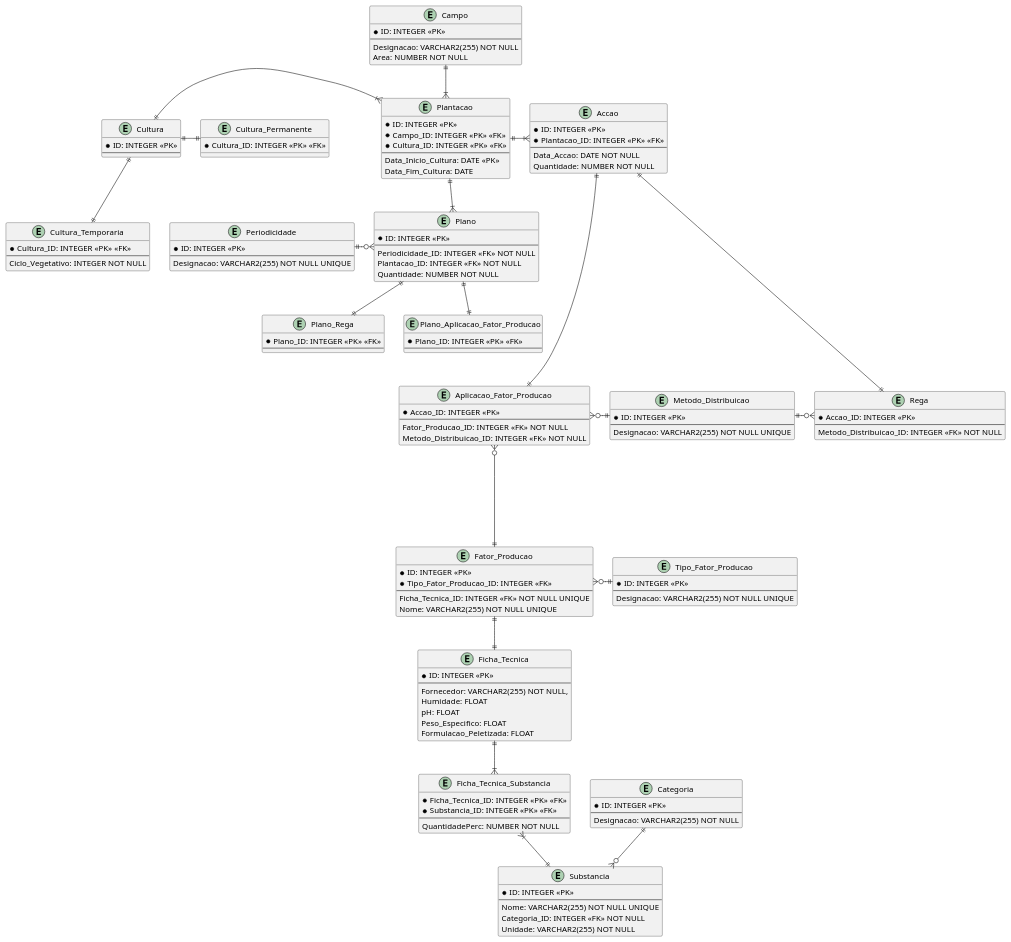
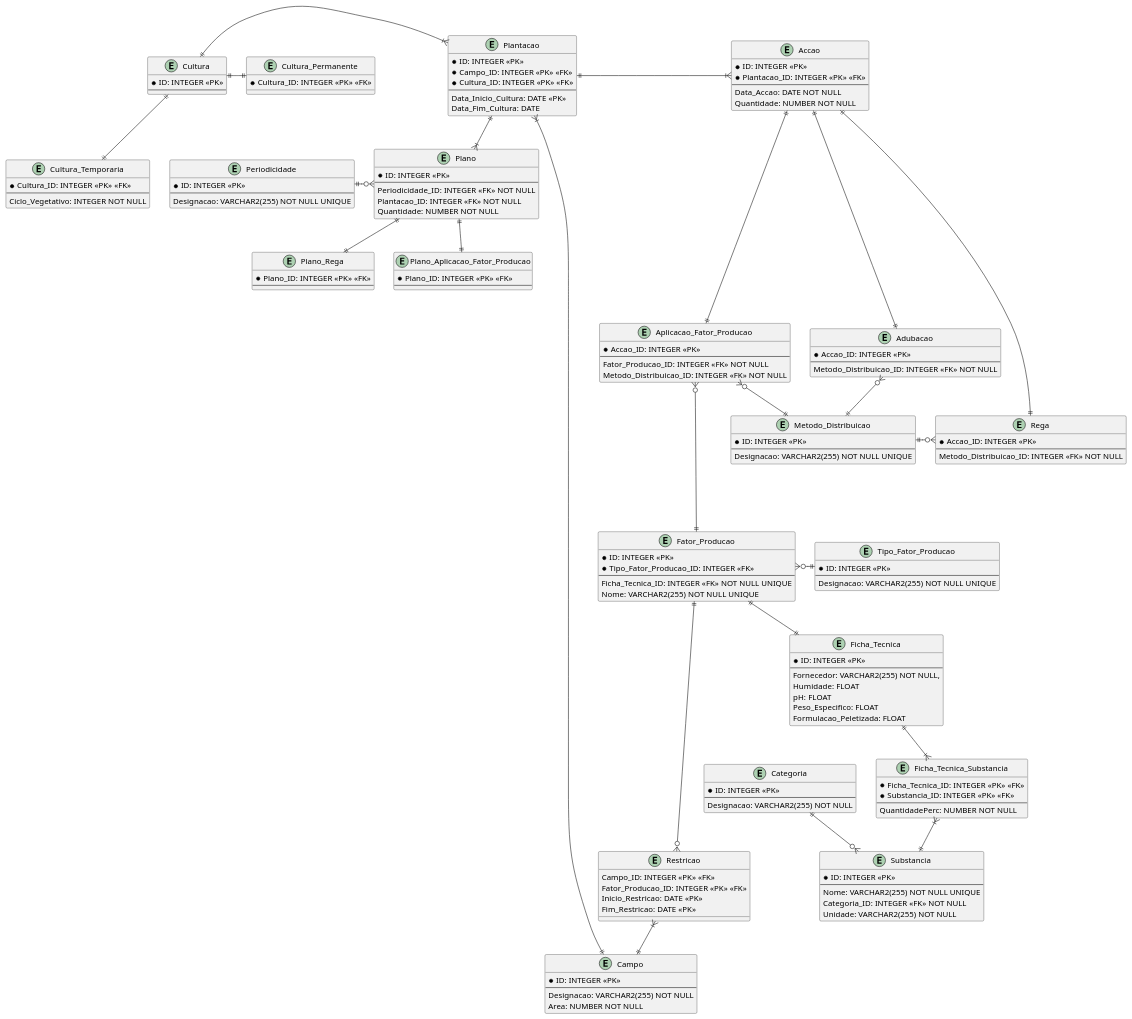
Before and after one commit to Mendoncaa/LAPR3: the diagram in BDDAD/Quinta-Manutenção.puml, drawn with PlantUML.

Commit message:
[US210] Correções e inserção de novas tabelas no Modelo Lógico;

```diff
--- a/BDDAD/Quinta-Manutenção.puml
+++ b/BDDAD/Quinta-Manutenção.puml
@@ -1,175 +1,192 @@
 @startuml Quinta-Manutenção
 
 /'TODO #1:- Verificar se a Designação de um Campo é única e se estas 
 devem seguir um conjunto de regras;'/
 /'TODO #2:- Determinar o valor minímo de uma qualquer Área;'/
 /'Constraints:- [[Area, CHECK(Area > Mínimo)]]'/
 entity Campo {
     * ID: INTEGER <<PK>>
     --
     Designacao: VARCHAR2(255) NOT NULL
     Area: NUMBER NOT NULL
 }
 
 /'Triggers:-
     #1: Verificar que uma Cultura não é simultaneamente uma Cultura_Temporaria
     e Cultura_Permanente;'/
 entity Cultura {
     * ID: INTEGER <<PK>>
     --
 }
 
 /'Contraints:- [[Ciclo_Vegetativo, CHECK(Ciclo_Vegetativo > 0)], 
 [Ciclo_Vegetativo, CHECK(Ciclo_Vegetativo < 12)]]'/
 entity Cultura_Temporaria {
     * Cultura_ID: INTEGER <<PK>> <<FK>>
     --
     Ciclo_Vegetativo: INTEGER NOT NULL
 }
 
 entity Cultura_Permanente {
     * Cultura_ID: INTEGER <<PK>> <<FK>>
 }
 
 /'Constraints:- [[Campo_ID, Data_Inicio_Cultura, UNIQUE(Campo_ID, Data_Inicio_Cultura)], 
 [Data_Fim_Cultura, CHECK(Data_Fim_Cultura < Data_Inicio_Cultura)]]'/
 entity Plantacao {
     * ID: INTEGER <<PK>>
     * Campo_ID: INTEGER <<PK>> <<FK>>
     * Cultura_ID: INTEGER <<PK>> <<FK>>
     --
     Data_Inicio_Cultura: DATE <<PK>>
     Data_Fim_Cultura: DATE
 }
 
 /'Constraints:- [[Quantidade, CHECK(Quantidade > 0)]]'/
 entity Accao {
     * ID: INTEGER <<PK>>
     *Plantacao_ID: INTEGER <<PK>> <<FK>>
     --
     Data_Accao: DATE NOT NULL
     Quantidade: NUMBER NOT NULL
 }
 
 entity Metodo_Distribuicao {
     * ID: INTEGER <<PK>>
     --
     Designacao: VARCHAR2(255) NOT NULL UNIQUE
 }
 
 entity Rega {
     * Accao_ID: INTEGER <<PK>>
     --
     Metodo_Distribuicao_ID: INTEGER <<FK>> NOT NULL
 }
 
+entity Adubacao {
+    * Accao_ID: INTEGER <<PK>>
+    --
+    Metodo_Distribuicao_ID: INTEGER <<FK>> NOT NULL
+}
+
 entity Categoria{
      * ID: INTEGER <<PK>>
     --
     Designacao: VARCHAR2(255) NOT NULL
 }
 
 entity Aplicacao_Fator_Producao {
     * Accao_ID: INTEGER <<PK>>
     --
     Fator_Producao_ID: INTEGER <<FK>> NOT NULL
     Metodo_Distribuicao_ID: INTEGER <<FK>> NOT NULL
+}
+
+entity Restricao {
+    Campo_ID: INTEGER <<PK>> <<FK>>
+    Fator_Producao_ID: INTEGER <<PK>> <<FK>>
+    Inicio_Restricao: DATE <<PK>>
+    Fim_Restricao: DATE <<PK>>
 }
 
 entity Fator_Producao {
     * ID: INTEGER <<PK>>
     *Tipo_Fator_Producao_ID: INTEGER <<FK>>
     --
     Ficha_Tecnica_ID: INTEGER <<FK>> NOT NULL UNIQUE
     Nome: VARCHAR2(255) NOT NULL UNIQUE
 }
 
 
 entity Tipo_Fator_Producao {
     * ID: INTEGER <<PK>>
     --
     Designacao: VARCHAR2(255) NOT NULL UNIQUE
 }
 
 entity Ficha_Tecnica {
     * ID: INTEGER <<PK>>
     --
     Fornecedor: VARCHAR2(255) NOT NULL,
     Humidade: FLOAT
     pH: FLOAT
     Peso_Especifico: FLOAT
     Formulacao_Peletizada: FLOAT
 }
 
 entity Ficha_Tecnica_Substancia {
     * Ficha_Tecnica_ID: INTEGER <<PK>> <<FK>>
     * Substancia_ID: INTEGER <<PK>> <<FK>>
     --
     QuantidadePerc: NUMBER NOT NULL
 }
 
 entity Substancia {
     * ID: INTEGER <<PK>>
     --
     Nome: VARCHAR2(255) NOT NULL UNIQUE
     Categoria_ID: INTEGER <<FK>> NOT NULL
     Unidade: VARCHAR2(255) NOT NULL
 }
 
 entity Plano {
     * ID: INTEGER <<PK>>
     --
     Periodicidade_ID: INTEGER <<FK>> NOT NULL
     Plantacao_ID: INTEGER <<FK>> NOT NULL
     Quantidade: NUMBER NOT NULL
 }
 
 entity Periodicidade {
     * ID: INTEGER <<PK>>
     --
     Designacao: VARCHAR2(255) NOT NULL UNIQUE
 }
 
 entity Plano_Rega {
     * Plano_ID: INTEGER <<PK>> <<FK>>
     --
 }
 
 entity Plano_Aplicacao_Fator_Producao {
     * Plano_ID: INTEGER <<PK>> <<FK>>
     --
 }
 
 Campo ||-d-|{ Plantacao
+Campo ||-u-|{ Restricao
 
 Cultura ||-r-|{ Plantacao
 
 Plantacao ||-r-|{ Accao
 Plantacao ||-d-|{ Plano
 
 Accao ||--d--|| Rega
 Accao ||--d--|| Aplicacao_Fator_Producao
+Accao ||--d--|| Adubacao
 
 Metodo_Distribuicao ||-r-o{ Rega
 Metodo_Distribuicao ||-l-o{ Aplicacao_Fator_Producao
+Metodo_Distribuicao ||-u-o{ Adubacao
 
 Tipo_Fator_Producao ||-l-o{ Fator_Producao
 Categoria ||-d-o{ Substancia
 
 Fator_Producao ||-d-|| Ficha_Tecnica
 Fator_Producao ||--u--o{ Aplicacao_Fator_Producao
+Fator_Producao ||--d--o{ Restricao
 
 Ficha_Tecnica ||-d-|{ Ficha_Tecnica_Substancia
 
 Substancia ||-u-|{ Ficha_Tecnica_Substancia
 
 Periodicidade ||-r-o{ Plano
 
 Plano_Rega ||-u-|| Plano
 
 Plano_Aplicacao_Fator_Producao ||-u-|| Plano
 
 Cultura ||-d-|| Cultura_Temporaria
 Cultura ||-r-|| Cultura_Permanente
 
 @enduml
```
